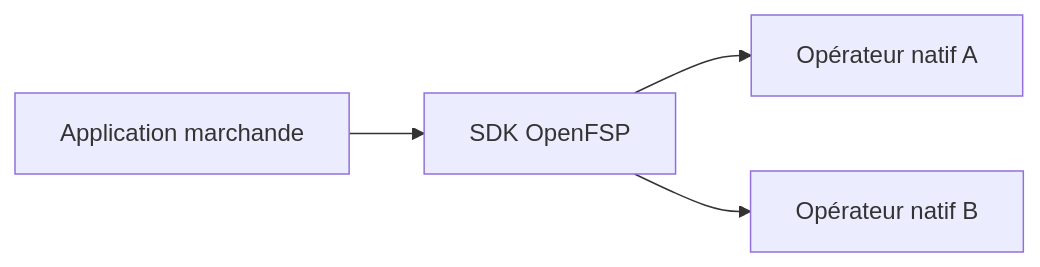
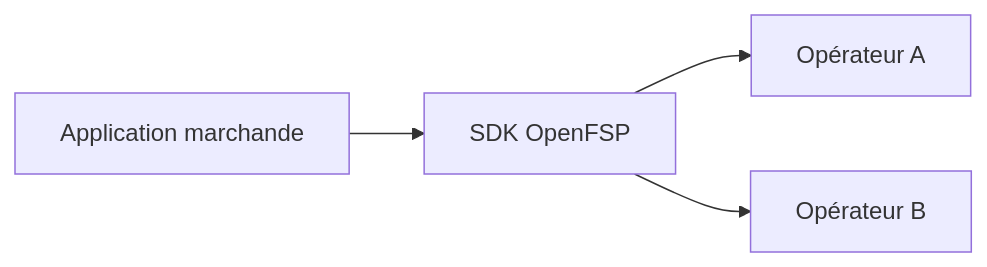
One commit to openfspht/openfsp.org changed the diagram in content/docs/index.fr.mdx. Above: the diagram before and after it, drawn with Mermaid. The commit also changed other lines of this file and 36 other files, not shown here.

````diff
--- a/content/docs/index.fr.mdx
+++ b/content/docs/index.fr.mdx
@@ -19,6 +10,6 @@
 ```mermaid
 flowchart LR
     A["Application marchande"] --> S["SDK OpenFSP"]
-    S --> P1["Opérateur natif A"]
-    S --> P2["Opérateur natif B"]
+    S --> P1["Opérateur A"]
+    S --> P2["Opérateur B"]
 ```
````
